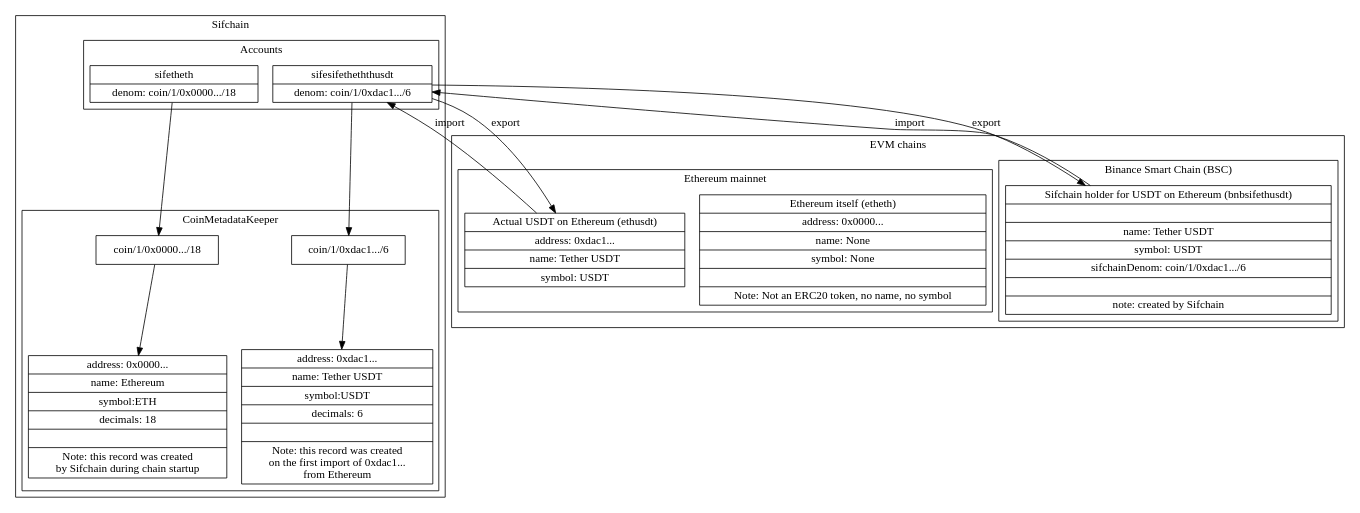
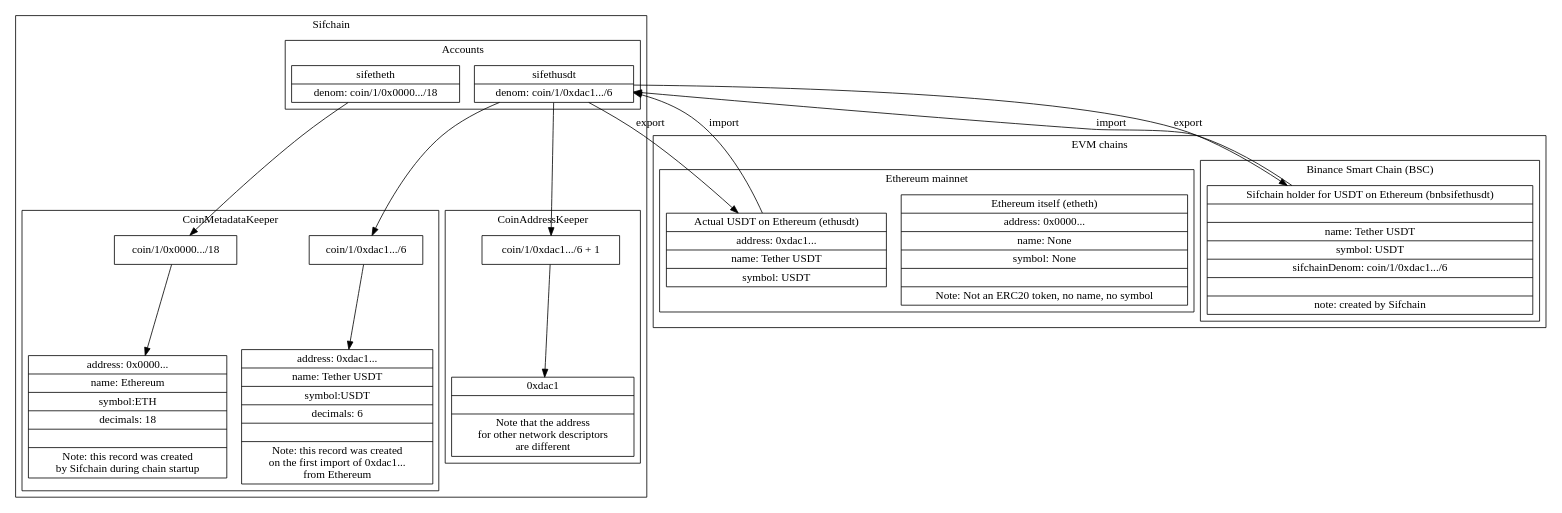
The diagram in docs/peggy/tokenPaths.dot (dolphintwo/sifnode), drawn with Graphviz before and after one commit.

Commit message:
work in progress

```diff
--- a/docs/peggy/tokenPaths.dot
+++ b/docs/peggy/tokenPaths.dot
@@ -1,47 +1,54 @@
 digraph G {
     node [
         shape = "record"
     ]
 
     subgraph cluster_sifchain {
         label="Sifchain"
         subgraph cluster_coins {
             label="Accounts"
-            sifethusdt [label="{sifesifetheththusdt|denom: coin/1/0xdac1.../6}"]
+            sifethusdt [label="{sifethusdt|denom: coin/1/0xdac1.../6}"]
             sifetheth [label="{sifetheth|denom: coin/1/0x0000.../18}"]
         }
 
         subgraph cluster_coinmetadatakeeper {
             label="CoinMetadataKeeper"
             sifethusdtdenom [label="coin/1/0xdac1.../6}"]
             sifethusdtmetdata [label="{address: 0xdac1...|name: Tether USDT|symbol:USDT|decimals: 6||Note: this record was created\non the first import of 0xdac1... \nfrom Ethereum}"]
             sifethusdtdenom -> sifethusdtmetdata
             sifethusdt -> sifethusdtdenom
 
             sifethethdenom [label="coin/1/0x0000.../18}"]
             sifethethmetdata [label="{address: 0x0000...|name: Ethereum|symbol:ETH|decimals: 18||Note: this record was created \nby Sifchain during chain startup}"]
             sifethethdenom -> sifethethmetdata
             sifetheth -> sifethethdenom
+        }
+        subgraph cluster_coinaddresskeeper {
+            label="CoinAddressKeeper"
+            sifethdenomandnetworkdescriptor [label="coin/1/0xdac1.../6 + 1"]
+            sifethusdtaddr [label="{0xdac1||Note that the address\nfor other network descriptors\nare different}"]
+            sifethusdt -> sifethdenomandnetworkdescriptor
+            sifethdenomandnetworkdescriptor -> sifethusdtaddr
         }
     }
     subgraph cluster_evm {
         label="EVM chains"
         subgraph cluster_etherum {
             label="Ethereum mainnet"
             etheth
             ethusdt
         }
         subgraph cluster_bsc {
             label="Binance Smart Chain (BSC)"
             bnbsifethusdt
         }
     }
 
     etheth [label="{Ethereum itself (etheth)|address: 0x0000...|name: None|symbol: None||Note: Not an ERC20 token, no name, no symbol}"]
     ethusdt [label="{Actual USDT on Ethereum (ethusdt)|address: 0xdac1...|name: Tether USDT|symbol: USDT}"]
     bnbsifethusdt [label="{Sifchain holder for USDT on Ethereum (bnbsifethusdt)||name: Tether USDT|symbol: USDT|sifchainDenom: coin/1/0xdac1.../6||note: created by Sifchain}"]
     ethusdt -> sifethusdt [label="import"]
     sifethusdt -> bnbsifethusdt [label="export"]
     sifethusdt -> ethusdt [label="export"]
     bnbsifethusdt -> sifethusdt [label="import"]
 }
```
